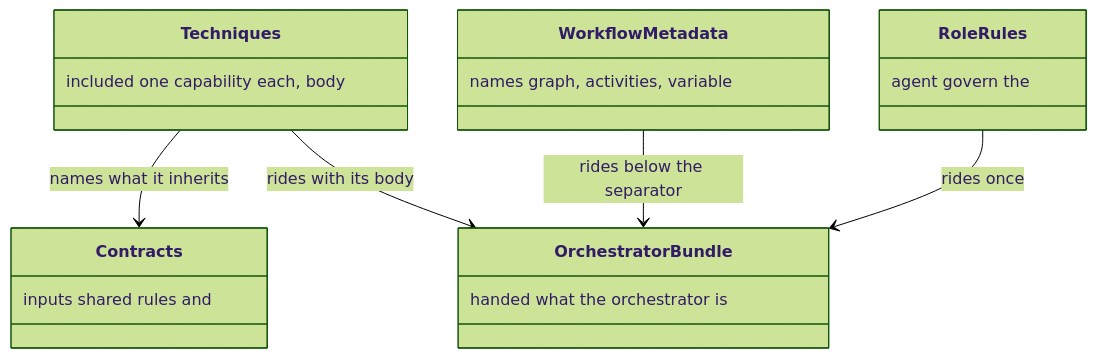
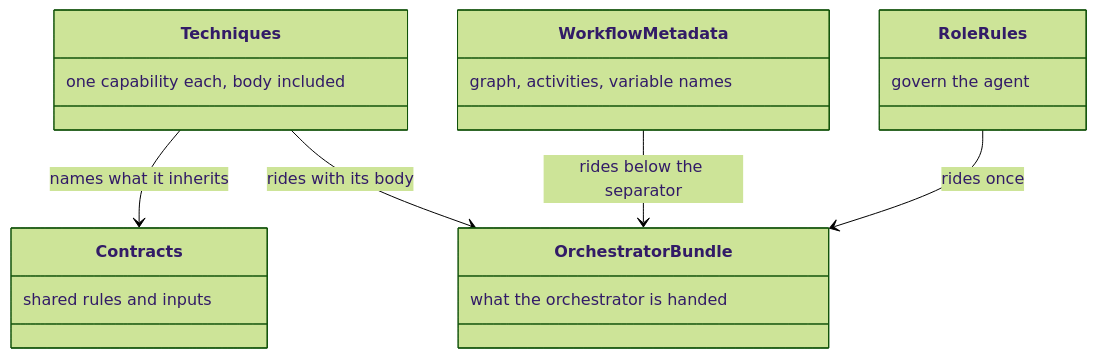
One commit to m2ux/workflow-server changed the fourth of 26 diagrams in docs/delivery.md. Above: the diagram before and after it, drawn with Mermaid (forest theme). The commit also changed other lines of this file and 10 other files, not shown here.

Commit message:
Write each class-box note in reading order so the diagram shows the phrase as written.

````diff
--- a/docs/delivery.md
+++ b/docs/delivery.md
@@ -70,22 +70,22 @@
 ```mermaid
 classDiagram
   class Techniques {
-    included one capability each, body
+    one capability each, body included
   }
   class Contracts {
-    inputs shared rules and
+    shared rules and inputs
   }
   class RoleRules {
-    agent govern the
+    govern the agent
   }
   class WorkflowMetadata {
-    names graph, activities, variable
+    graph, activities, variable names
   }
   class OrchestratorBundle {
-    handed what the orchestrator is
+    what the orchestrator is handed
   }
   Techniques --> Contracts : names what it inherits
   RoleRules --> OrchestratorBundle : rides once
   WorkflowMetadata --> OrchestratorBundle : rides below the separator
   Techniques --> OrchestratorBundle : rides with its body
 ```
````
